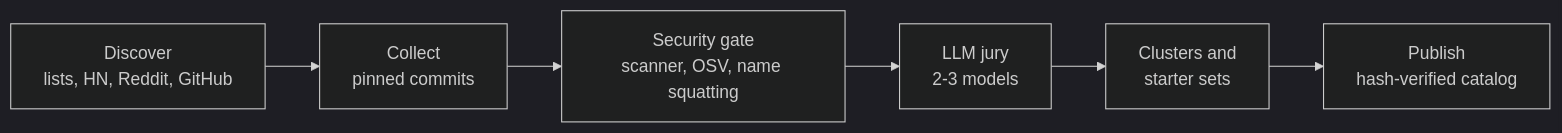
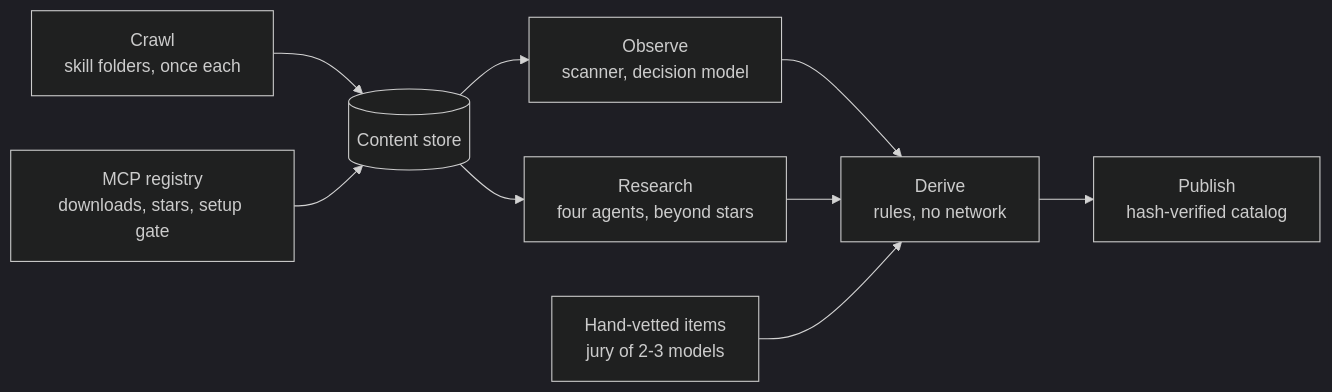
Before and after one commit to repotify/repotify: the diagram in docs/GUIDE.md, drawn with Mermaid (dark theme). The commit also changed other lines of this file and 34 other files, not shown here.

````diff
--- a/docs/GUIDE.md
+++ b/docs/GUIDE.md
@@ -114,8 +130,11 @@
 ```mermaid
 flowchart LR
-  D[Discover<br/>lists, HN, Reddit, GitHub] --> C[Collect<br/>pinned commits]
-  C --> G[Security gate<br/>scanner, OSV, name squatting]
-  G --> J[LLM jury<br/>2-3 models]
-  J --> K[Clusters and<br/>starter sets]
-  K --> P[Publish<br/>hash-verified catalog]
+  C[Crawl<br/>skill folders, once each] --> S[(Content store)]
+  R[MCP registry<br/>downloads, stars, setup gate] --> S
+  S --> O[Observe<br/>scanner, decision model]
+  S --> A[Research<br/>four agents, beyond stars]
+  O --> D[Derive<br/>rules, no network]
+  A --> D
+  H[Hand-vetted items<br/>jury of 2-3 models] --> D
+  D --> P[Publish<br/>hash-verified catalog]
 ```
````
